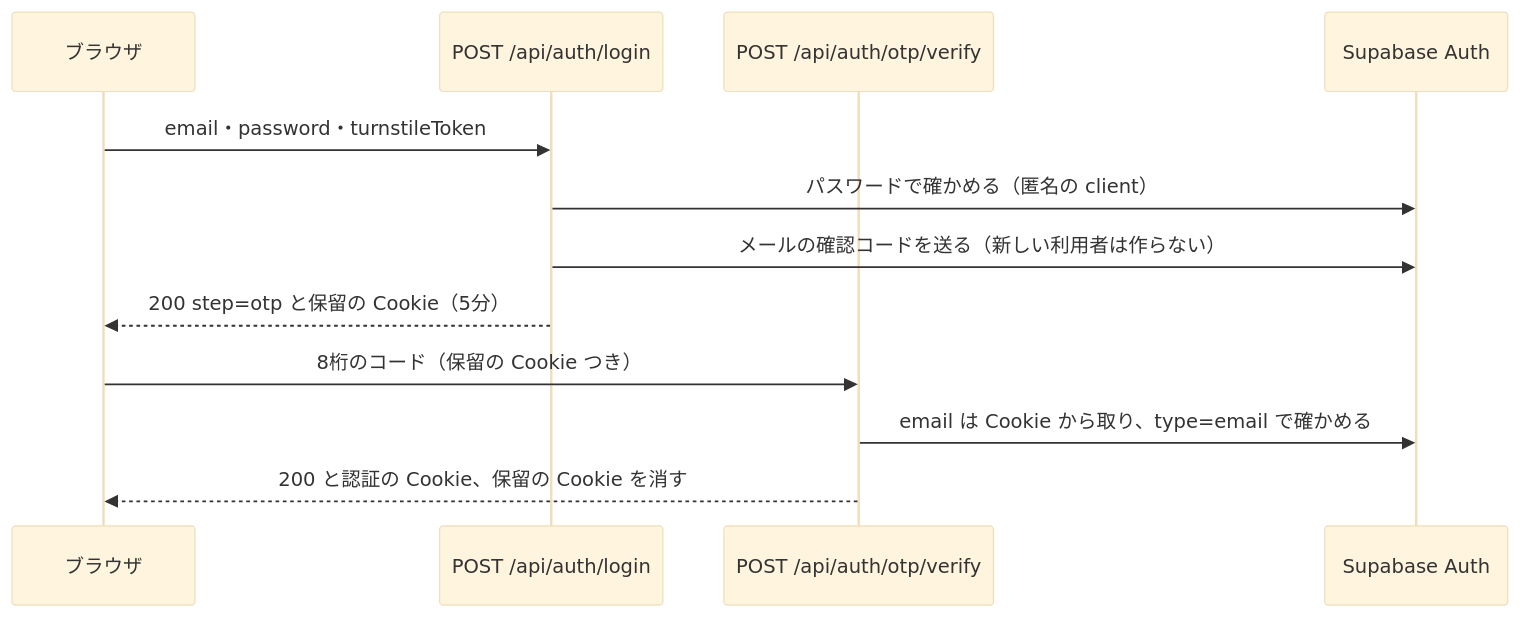
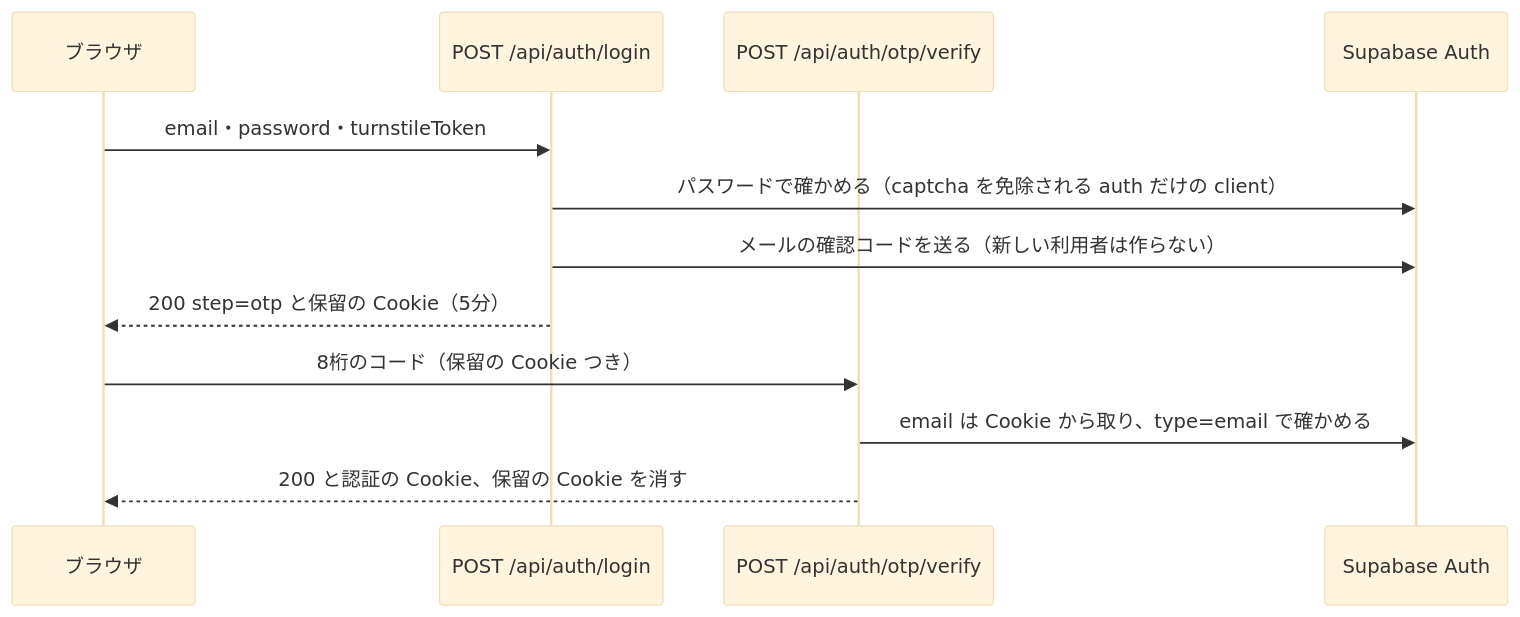
The second of 18 diagrams in docs/03_BasicDesign/areas/auth.md (ChocoWork/o_official), drawn with Mermaid (base theme) before and after one commit. The commit also changed other lines of this file and 29 other files, not shown here.

First line of the commit message:
docs(auth): 波6（captcha・パスワード変更・本番のビルドの許可の一覧・手元の設定の切り替え）の要件・設計・脅威・運用・試験の記録

````diff
--- a/docs/03_BasicDesign/areas/auth.md
+++ b/docs/03_BasicDesign/areas/auth.md
@@ -106,14 +106,14 @@
 ```mermaid
 sequenceDiagram
   participant B as ブラウザ
   participant L as POST /api/auth/login
   participant V as POST /api/auth/otp/verify
   participant S as Supabase Auth
   B->>L: email・password・turnstileToken
-  L->>S: パスワードで確かめる（匿名の client）
+  L->>S: パスワードで確かめる（captcha を免除される auth だけの client）
   L->>S: メールの確認コードを送る（新しい利用者は作らない）
   L-->>B: 200 step=otp と保留の Cookie（5分）
   B->>V: 8桁のコード（保留の Cookie つき）
   V->>S: email は Cookie から取り、type=email で確かめる
   V-->>B: 200 と認証の Cookie、保留の Cookie を消す
 ```
````
